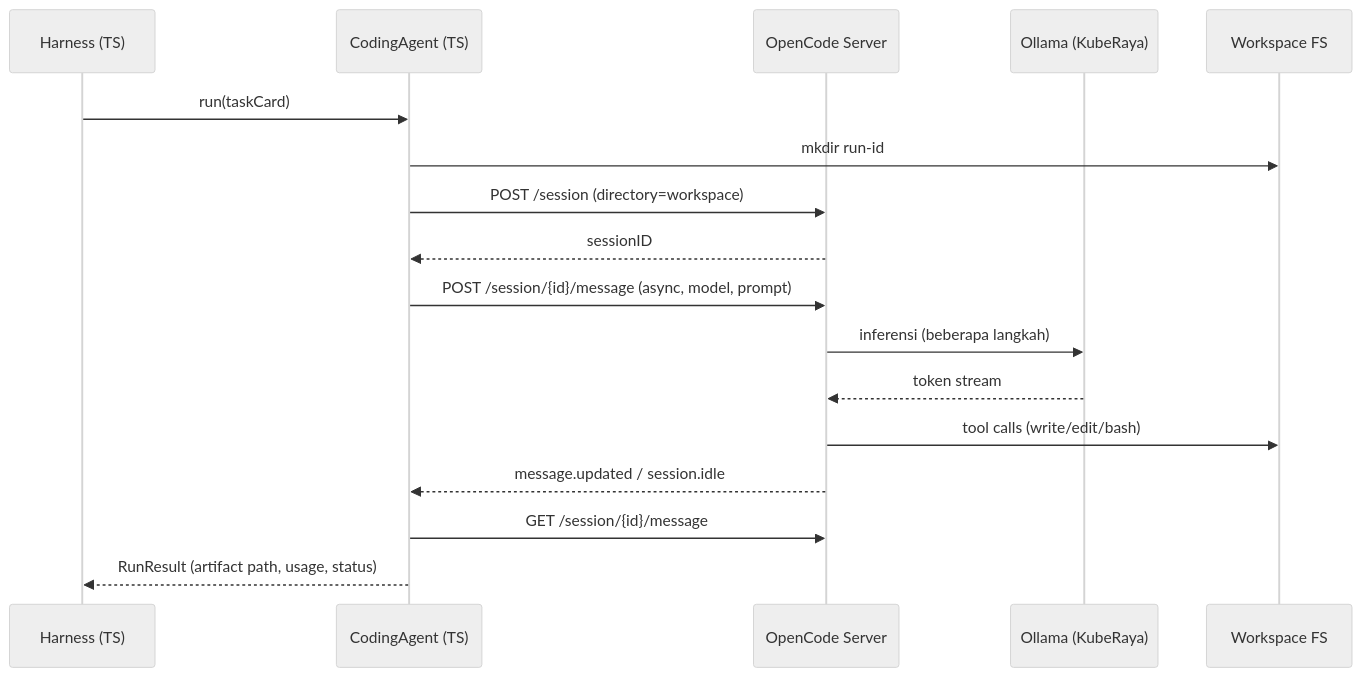
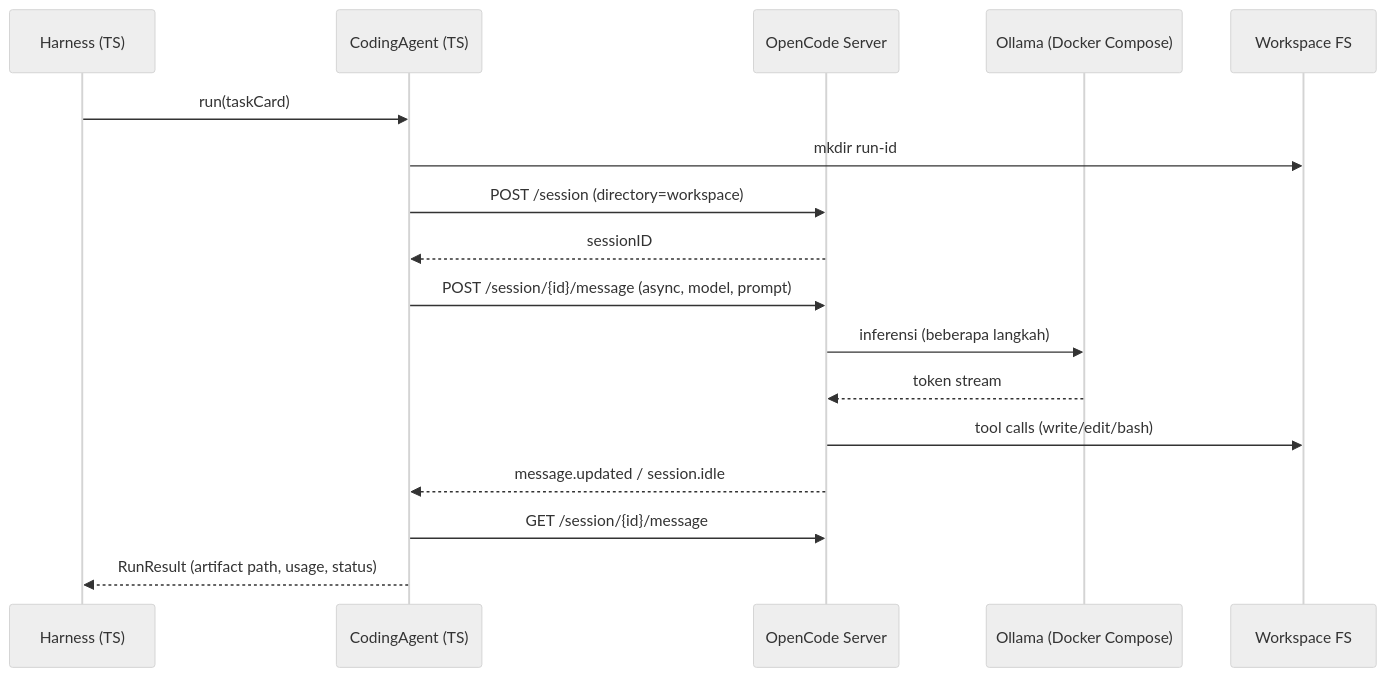
One commit to bungkot/Kaderisasi changed the diagram in docs/02-coding-agent-design.md. Above: the diagram before and after it, drawn with Mermaid (neutral theme). The commit also changed other lines of this file and 20 other files, not shown here.

First line of the commit message:
Refactor infrastructure setup: transition from KubeRaya to Docker Compose

````diff
--- a/docs/02-coding-agent-design.md
+++ b/docs/02-coding-agent-design.md
@@ -27,20 +27,20 @@
 ```mermaid
 sequenceDiagram
     participant H as Harness (TS)
     participant A as CodingAgent (TS)
     participant S as OpenCode Server
-    participant M as Ollama (KubeRaya)
+    participant M as Ollama (Docker Compose)
     participant W as Workspace FS
 
     H->>A: run(taskCard)
     A->>W: mkdir run-id
     A->>S: POST /session (directory=workspace)
     S-->>A: sessionID
     A->>S: POST /session/{id}/message (async, model, prompt)
     S->>M: inferensi (beberapa langkah)
     M-->>S: token stream
     S->>W: tool calls (write/edit/bash)
     S-->>A: message.updated / session.idle
     A->>S: GET /session/{id}/message
     A-->>H: RunResult (artifact path, usage, status)
 ```
````
